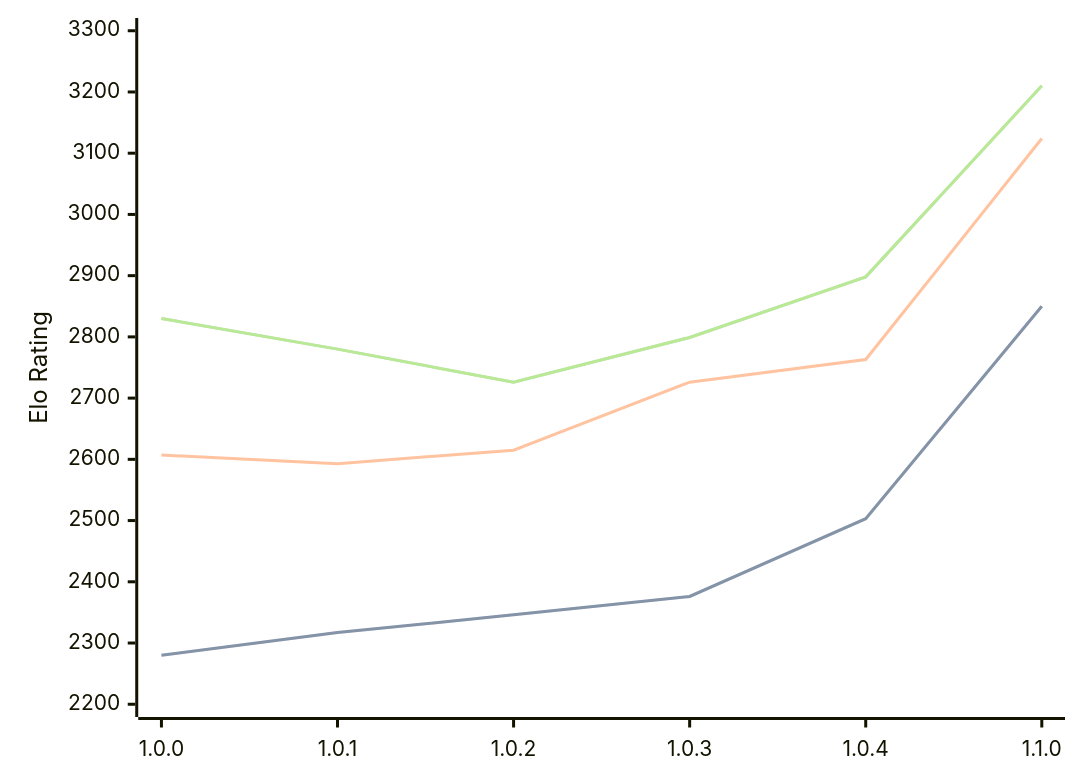
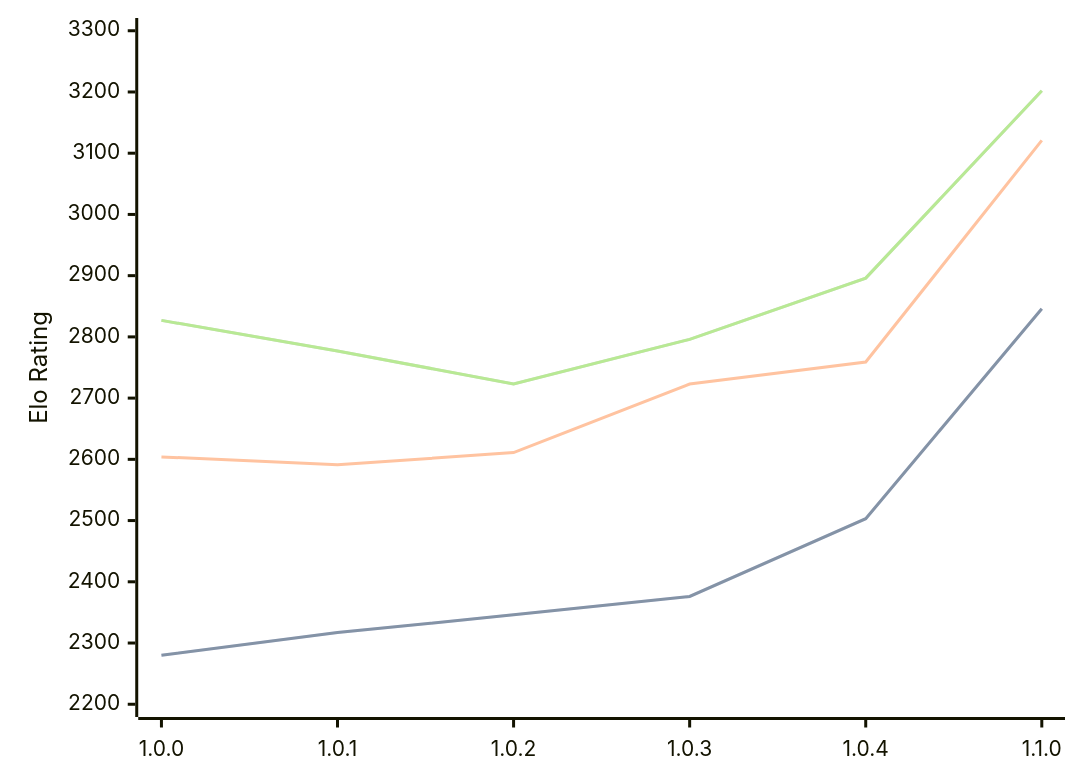
Before and after one commit to computer-chess-index/cci: the diagram in engines/Grail.md, drawn with Mermaid. The commit also changed other lines of this file, not shown here.

Commit message:
Update CCI Ratings (ELO VLTC) - 2026-03-10

````diff
--- a/engines/Grail.md
+++ b/engines/Grail.md
@@ -34,11 +34,11 @@
 ```mermaid
 %%{init: {"theme":"base","themeVariables":{"seriesColors:['#a3a3a3','#222221','#faa371']}}}%%
 xychart-beta
   x-axis ["1.0.0", "1.0.1", "1.0.2", "1.0.3", "1.0.4", "1.1.0"]
   y-axis "Elo Rating" 2200 --> 3300
-  line "STC (8.0+0.08s)" [2280, 2317, 2346, 2376, 2503, 2850]
-  line "STC (8.0+0.08s)" [2280, 2317, 2346, 2376, 2503, 2850]
-  line "LTC (60.0+0.60s)" [2607, 2593, 2615, 2726, 2763, 3124]
-  line "VLTC (2m24s+1.12s)" [2830, 2780, 2726, 2799, 2898, 3210]
-  line "VLTC (2m24s+1.12s)" [2830, 2780, 2726, 2799, 2898, 3210]
+  line "STC (8.0+0.08s)" [2280, 2317, 2346, 2376, 2503, 2846]
+  line "STC (8.0+0.08s)" [2280, 2317, 2346, 2376, 2503, 2846]
+  line "LTC (60.0+0.60s)" [2604, 2591, 2611, 2723, 2759, 3121]
+  line "VLTC (2m24s+1.12s)" [2827, 2777, 2723, 2796, 2896, 3202]
+  line "VLTC (2m24s+1.12s)" [2827, 2777, 2723, 2796, 2896, 3202]
 ```
````
